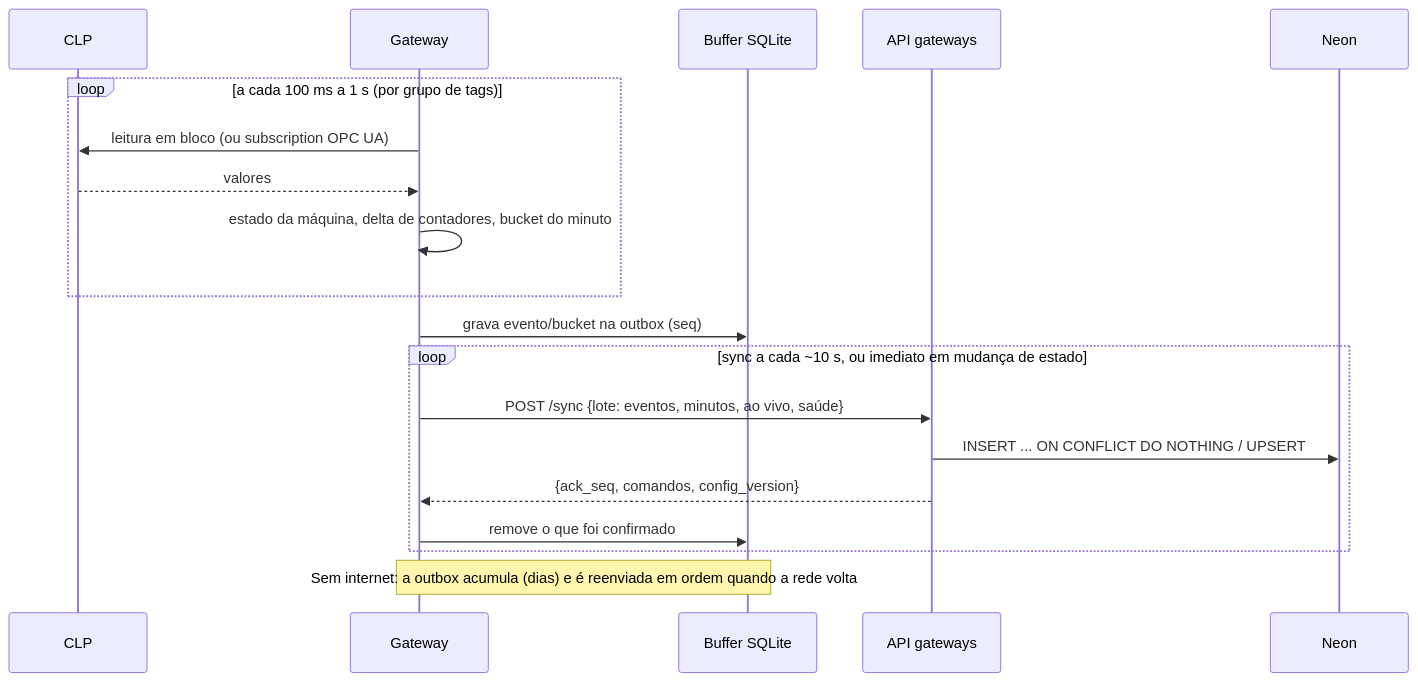
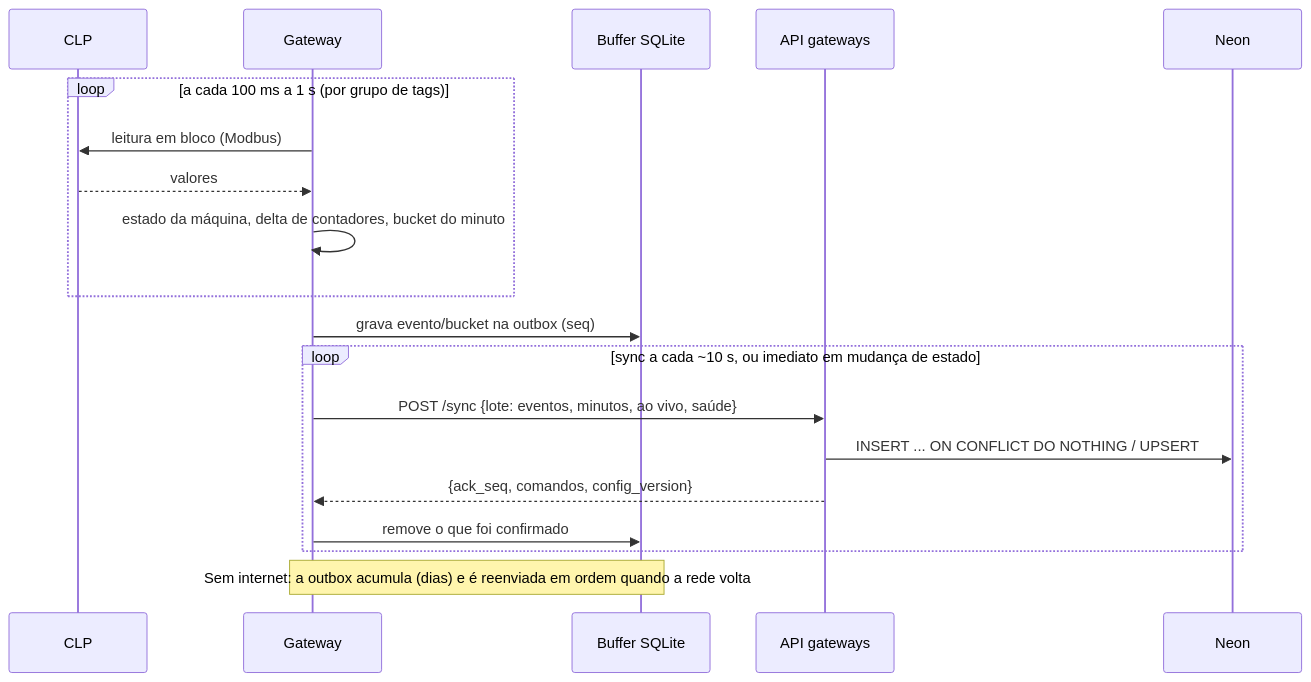
One commit to EngemaseAutomacao/Engemase-OEE changed the third of 3 diagrams in docs/02-arquitetura.md. Above: the diagram before and after it, drawn with Mermaid. The commit also changed other lines of this file and 12 other files, not shown here.

````diff
--- a/docs/02-arquitetura.md
+++ b/docs/02-arquitetura.md
@@ -94,22 +94,22 @@
 ```mermaid
 sequenceDiagram
   participant CLP
   participant GW as Gateway
   participant BUF as Buffer SQLite
   participant API as API gateways
   participant DB as Neon
 
   loop a cada 100 ms a 1 s (por grupo de tags)
-    GW->>CLP: leitura em bloco (ou subscription OPC UA)
+    GW->>CLP: leitura em bloco (Modbus)
     CLP-->>GW: valores
     GW->>GW: estado da máquina, delta de contadores, bucket do minuto
   end
   GW->>BUF: grava evento/bucket na outbox (seq)
   loop sync a cada ~10 s, ou imediato em mudança de estado
     GW->>API: POST /sync {lote: eventos, minutos, ao vivo, saúde}
     API->>DB: INSERT ... ON CONFLICT DO NOTHING / UPSERT
     API-->>GW: {ack_seq, comandos, config_version}
     GW->>BUF: remove o que foi confirmado
   end
   Note over GW,BUF: Sem internet: a outbox acumula (dias) e é reenviada em ordem quando a rede volta
 ```
````
